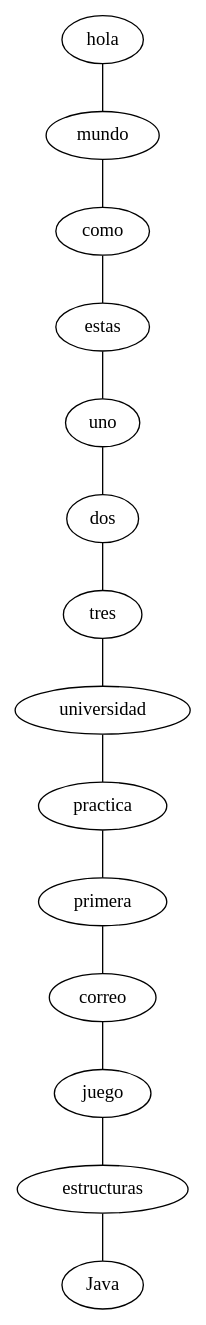
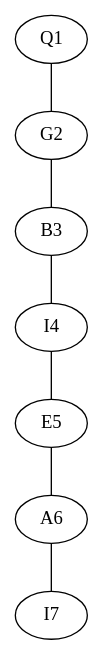
One commit to leonelzh21/Practica1s12017_201212802 changed the diagram in src/Documentos/Lista.dot. Above: the diagram before and after it, drawn with Graphviz. The commit also changed 20 other files, not shown here.

```diff
--- a/src/Documentos/Lista.dot
+++ b/src/Documentos/Lista.dot
@@ -1,29 +1,15 @@
 graph G{
-hola
-mundo
-como
-estas
-uno
-dos
-tres
-universidad
-practica
-primera
-correo
-juego
-estructuras
-Java
-"hola"--"mundo"
-"mundo"--"como"
-"como"--"estas"
-"estas"--"uno"
-"uno"--"dos"
-"dos"--"tres"
-"tres"--"universidad"
-"universidad"--"practica"
-"practica"--"primera"
-"primera"--"correo"
-"correo"--"juego"
-"juego"--"estructuras"
-"estructuras"--"Java"
+Q1
+G2
+B3
+I4
+E5
+A6
+I7
+"Q1"--"G2"
+"G2"--"B3"
+"B3"--"I4"
+"I4"--"E5"
+"E5"--"A6"
+"A6"--"I7"
 }
```
